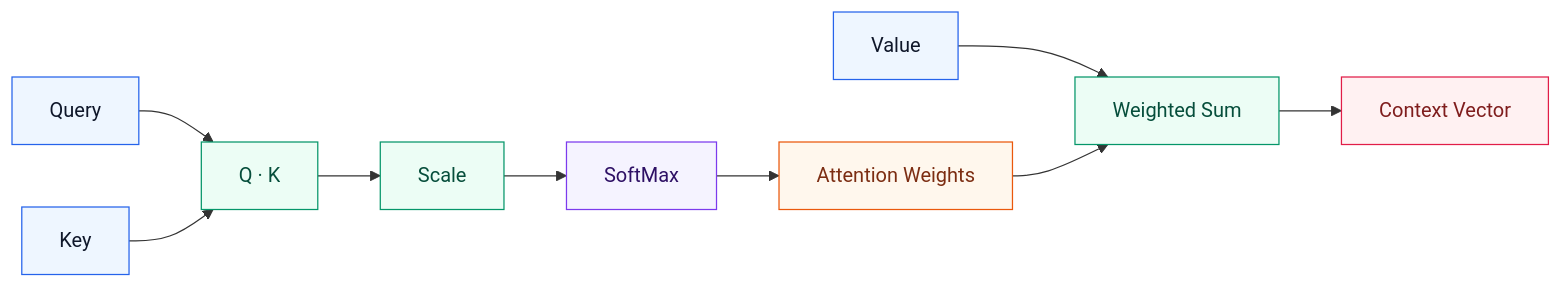
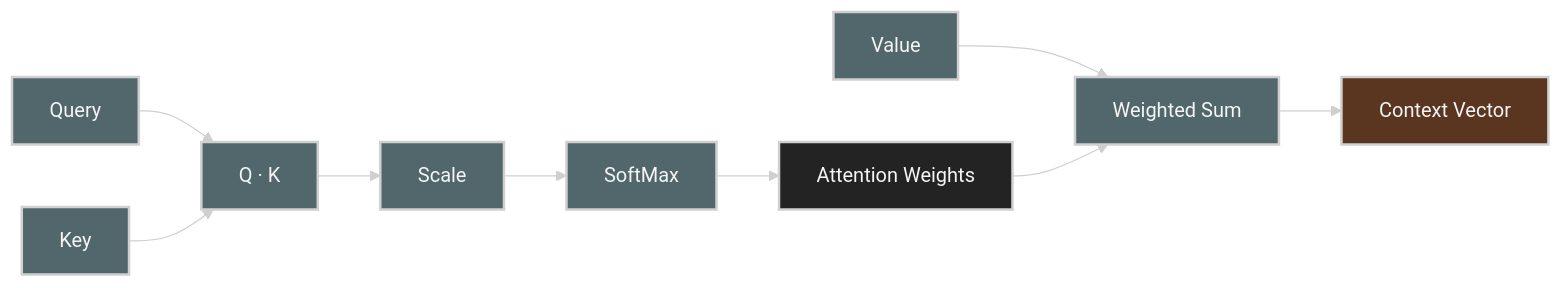
The fifth of 9 diagrams in deep-learning-for-network-engineers/week02/README.md (ziwon/ai-data-center-network), drawn with Mermaid before and after one commit. The commit also changed other lines of this file and 35 other files, not shown here.

Commit message:
docs(mermaid): apply dark diagram style

````diff
--- a/deep-learning-for-network-engineers/week02/README.md
+++ b/deep-learning-for-network-engineers/week02/README.md
@@ -328,17 +332,18 @@
 ```mermaid
+%%{init: {"theme": "base", "themeVariables": {"background": "#171717", "primaryColor": "#232323", "primaryTextColor": "#f5f5f5", "primaryBorderColor": "#d0d0d0", "lineColor": "#cfcfcf", "fontFamily": "Inter, Arial, sans-serif"}}}%%
 flowchart LR
-    classDef qkv fill:#eef6ff,stroke:#2563eb,color:#0f172a
-    classDef compute fill:#ecfdf5,stroke:#059669,color:#064e3b
-    classDef softmax fill:#f5f3ff,stroke:#7c3aed,color:#2e1065
-    classDef weight fill:#fff7ed,stroke:#ea580c,color:#7c2d12
-    classDef output fill:#fff1f2,stroke:#e11d48,color:#7f1d1d
+    classDef qkv fill:#52676b,stroke:#d0d0d0,color:#f5f5f5,stroke-width:2px;
+    classDef compute fill:#52676b,stroke:#d0d0d0,color:#f5f5f5,stroke-width:2px;
+    classDef softmax fill:#52676b,stroke:#d0d0d0,color:#f5f5f5,stroke-width:2px;
+    classDef weight fill:#232323,stroke:#d0d0d0,color:#f5f5f5,stroke-width:2px;
+    classDef output fill:#5a3520,stroke:#d0d0d0,color:#f5f5f5,stroke-width:2px;
 
     Q[Query]:::qkv --> DOT[Q · K]:::compute
     K[Key]:::qkv --> DOT
     DOT --> SCALE[Scale]:::compute
     SCALE --> SM[SoftMax]:::softmax
     SM --> WEIGHT[Attention Weights]:::weight
     V[Value]:::qkv --> MIX[Weighted Sum]:::compute
     WEIGHT --> MIX
     MIX --> C[Context Vector]:::output
 ```
````
